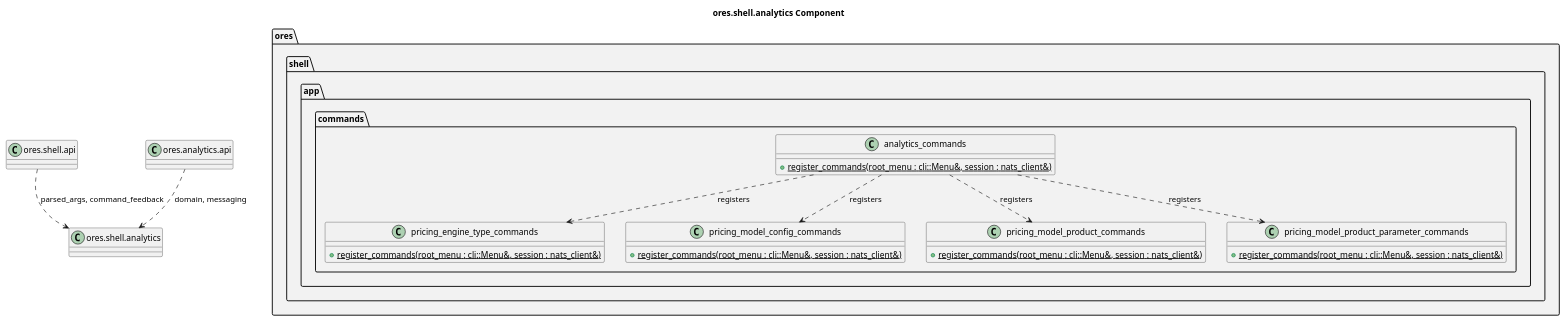
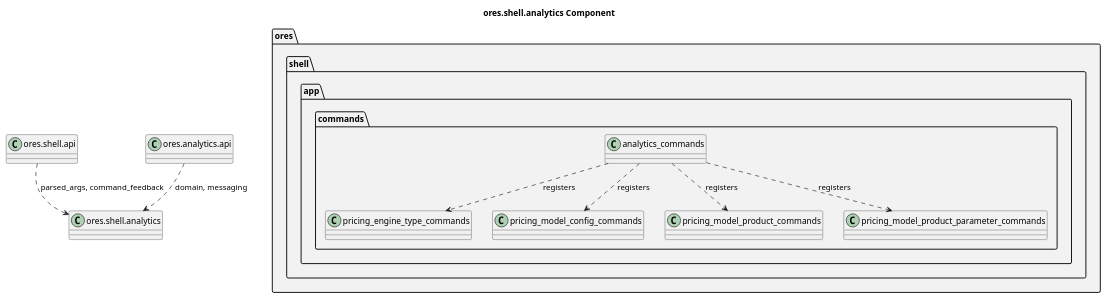
The diagram in projects/ores.shell/analytics/modeling/ores.shell.analytics.puml (OreStudio/OreStudio), drawn with PlantUML before and after one commit. The commit also changed 10 other files, not shown here.

```diff
--- a/projects/ores.shell/analytics/modeling/ores.shell.analytics.puml
+++ b/projects/ores.shell/analytics/modeling/ores.shell.analytics.puml
@@ -18,44 +18,38 @@
 @startuml
 
 title ores.shell.analytics Component
 
 set namespaceSeparator ::
 
 namespace ores #F2F2F2 {
     namespace shell #F2F2F2 {
         namespace app #F2F2F2 {
             namespace commands #F2F2F2 {
-                class analytics_commands {
-                    {static} +register_commands(root_menu : cli::Menu&, session : nats_client&)
-                }
                 class pricing_engine_type_commands {
-                    {static} +register_commands(root_menu : cli::Menu&, session : nats_client&)
                 }
                 class pricing_model_config_commands {
-                    {static} +register_commands(root_menu : cli::Menu&, session : nats_client&)
                 }
                 class pricing_model_product_commands {
-                    {static} +register_commands(root_menu : cli::Menu&, session : nats_client&)
                 }
                 class pricing_model_product_parameter_commands {
-                    {static} +register_commands(root_menu : cli::Menu&, session : nats_client&)
                 }
             }
         }
     }
 }
 
 ' --- manual: everything below this line is hand-authored; the script preserves it ---
-
-analytics_commands ..> pricing_engine_type_commands : registers
-analytics_commands ..> pricing_model_config_commands : registers
-analytics_commands ..> pricing_model_product_commands : registers
-analytics_commands ..> pricing_model_product_parameter_commands : registers
+' analytics_commands lives in ores.shell.application. It is the one
+' hand-maintained call site that registers this part's units.
+ores::shell::app::commands::analytics_commands ..> ores::shell::app::commands::pricing_engine_type_commands : registers
+ores::shell::app::commands::analytics_commands ..> ores::shell::app::commands::pricing_model_config_commands : registers
+ores::shell::app::commands::analytics_commands ..> ores::shell::app::commands::pricing_model_product_commands : registers
+ores::shell::app::commands::analytics_commands ..> ores::shell::app::commands::pricing_model_product_parameter_commands : registers
 
 ores.shell.api ..> ores.shell.analytics : parsed_args, command_feedback
 ores.analytics.api ..> ores.shell.analytics : domain, messaging
 
 ' Local Variables:
 ' compile-command: "java -Djava.awt.headless=true -DPLANTUML_SECURITY_PROFILE=UNSECURE -DPLANTUML_LIMIT_SIZE=65535 -jar /usr/share/plantuml/plantuml.jar ores.shell.analytics.puml"
 ' End:
 @enduml
```
